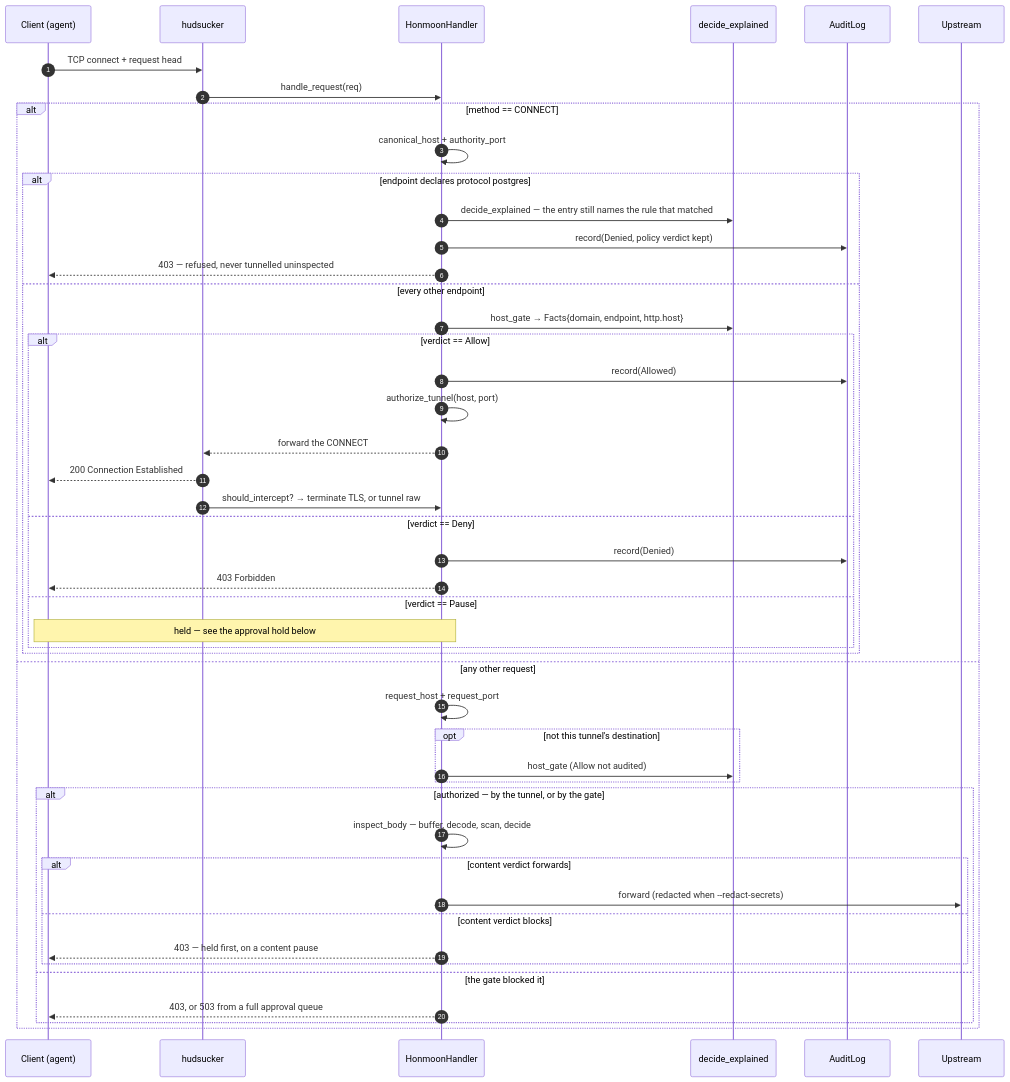
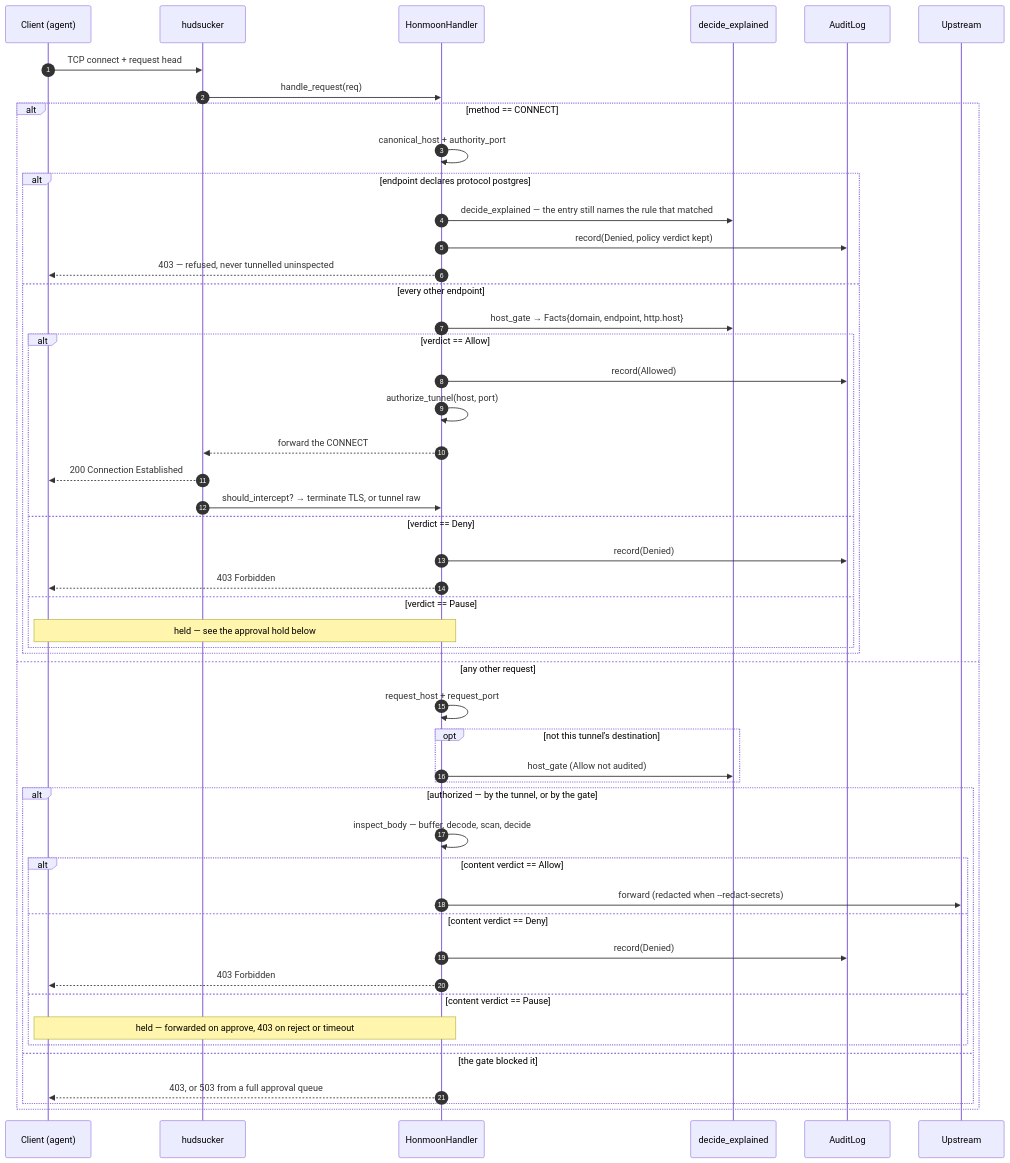
One commit to pleaseai/honmoon changed the first of 3 diagrams in wiki/deep-dive/egress-gateway.md. Above: the diagram before and after it, drawn with Mermaid. The commit also changed other lines of this file and 1 other file, not shown here.

Commit message:
docs(wiki): give the content verdict its three branches, and SOCKS5 its flag
- The intro tip said both `run` and `gateway` start SOCKS5. `run` does
  unconditionally; `gateway` skips it on `--socks-addr off`. The CLI
  section already said so, so the tip contradicted its own page.
- The refusal diagram split the content verdict two ways and labelled the
  blocking half "held first, on a content pause". `inspect_body` answers
  a `Deny` with `403` immediately (`mitm.rs:883-893`); only a `Pause`
  enters `hold`, and an approved hold *forwards* — so the blocking branch
  was carrying an outcome that does not block at all. Now three branches,
  with the `Pause` one deferring to the hold diagram exactly as the
  CONNECT side's does.

Reported by codex.

````diff
--- a/wiki/deep-dive/egress-gateway.md
+++ b/wiki/deep-dive/egress-gateway.md
@@ -118,49 +119,52 @@
 ```mermaid
 sequenceDiagram
   autonumber
   participant C as Client (agent)
   participant HS as hudsucker
   participant H as HonmoonHandler
   participant Core as decide_explained
   participant Audit as AuditLog
   participant U as Upstream
   C->>HS: TCP connect + request head
   HS->>H: handle_request(req)
   alt method == CONNECT
     H->>H: canonical_host + authority_port
     alt endpoint declares protocol postgres
       H->>Core: decide_explained — the entry still names the rule that matched
       H->>Audit: record(Denied, policy verdict kept)
       H-->>C: 403 — refused, never tunnelled uninspected
     else every other endpoint
       H->>Core: host_gate → Facts{domain, endpoint, http.host}
       alt verdict == Allow
         H->>Audit: record(Allowed)
         H->>H: authorize_tunnel(host, port)
         H-->>HS: forward the CONNECT
         HS-->>C: 200 Connection Established
         HS->>H: should_intercept? → terminate TLS, or tunnel raw
       else verdict == Deny
         H->>Audit: record(Denied)
         H-->>C: 403 Forbidden
       else verdict == Pause
         Note over H,C: held — see the approval hold below
       end
     end
   else any other request
     H->>H: request_host + request_port
     opt not this tunnel's destination
       H->>Core: host_gate (Allow not audited)
     end
     alt authorized — by the tunnel, or by the gate
       H->>H: inspect_body — buffer, decode, scan, decide
-      alt content verdict forwards
+      alt content verdict == Allow
         H->>U: forward (redacted when --redact-secrets)
-      else content verdict blocks
-        H-->>C: 403 — held first, on a content pause
+      else content verdict == Deny
+        H->>Audit: record(Denied)
+        H-->>C: 403 Forbidden
+      else content verdict == Pause
+        Note over H,C: held — forwarded on approve, 403 on reject or timeout
       end
     else the gate blocked it
       H-->>C: 403, or 503 from a full approval queue
     end
   end
 ```
````
